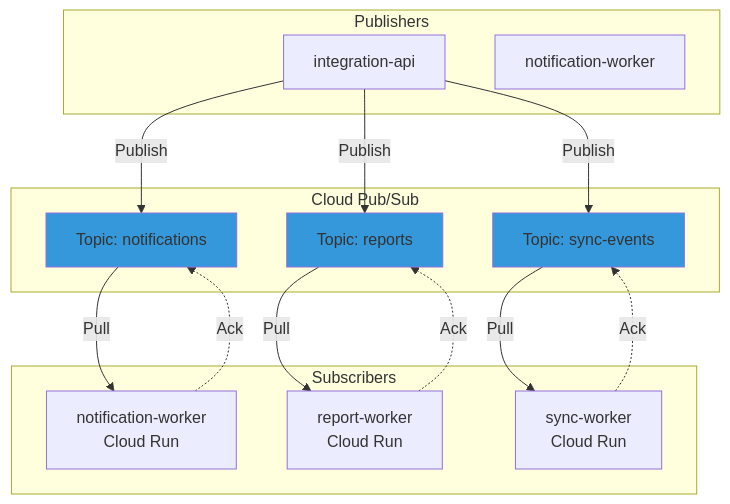
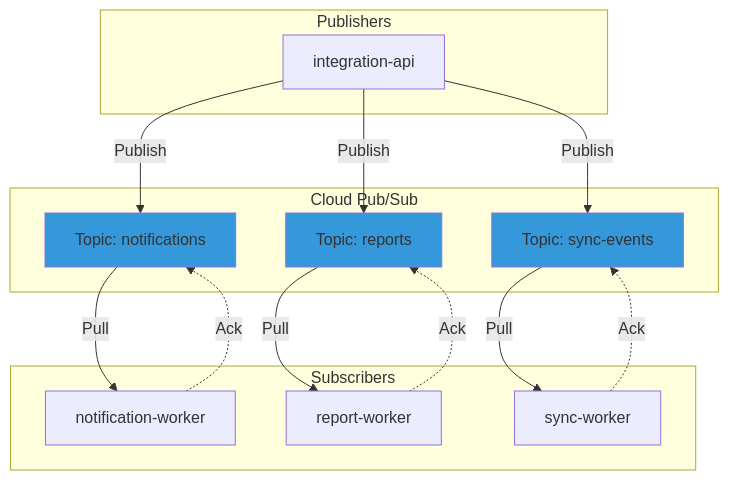
The second of 4 diagrams in presentations/deep-dives/infrastructure-gcp.md (developer-implementos/integration-presentations), drawn with Mermaid before and after one commit. The commit also changed other lines of this file and 11 other files, not shown here.

First line of the commit message:
feat(resilience): agregar soporte para mermaid en presentaciones

```diff
--- a/presentations/deep-dives/infrastructure-gcp.md
+++ b/presentations/deep-dives/infrastructure-gcp.md
@@ -419,35 +433,34 @@
 <div class="mermaid">
 graph TB
     subgraph "Publishers"
         A[integration-api]
-        B[notification-worker]
     end
 
     subgraph "Cloud Pub/Sub"
         T1[Topic: notifications]
         T2[Topic: reports]
         T3[Topic: sync-events]
     end
 
     subgraph "Subscribers"
-        S1[notification-worker<br/>Cloud Run]
-        S2[report-worker<br/>Cloud Run]
-        S3[sync-worker<br/>Cloud Run]
+        S1[notification-worker]
+        S2[report-worker]
+        S3[sync-worker]
     end
 
     A -->|Publish| T1
     A -->|Publish| T2
     A -->|Publish| T3
 
     T1 -->|Pull| S1
     T2 -->|Pull| S2
     T3 -->|Pull| S3
 
     S1 -.->|Ack| T1
     S2 -.->|Ack| T2
     S3 -.->|Ack| T3
 
     style T1 fill:#3498db
     style T2 fill:#3498db
     style T3 fill:#3498db
 </div>
```
